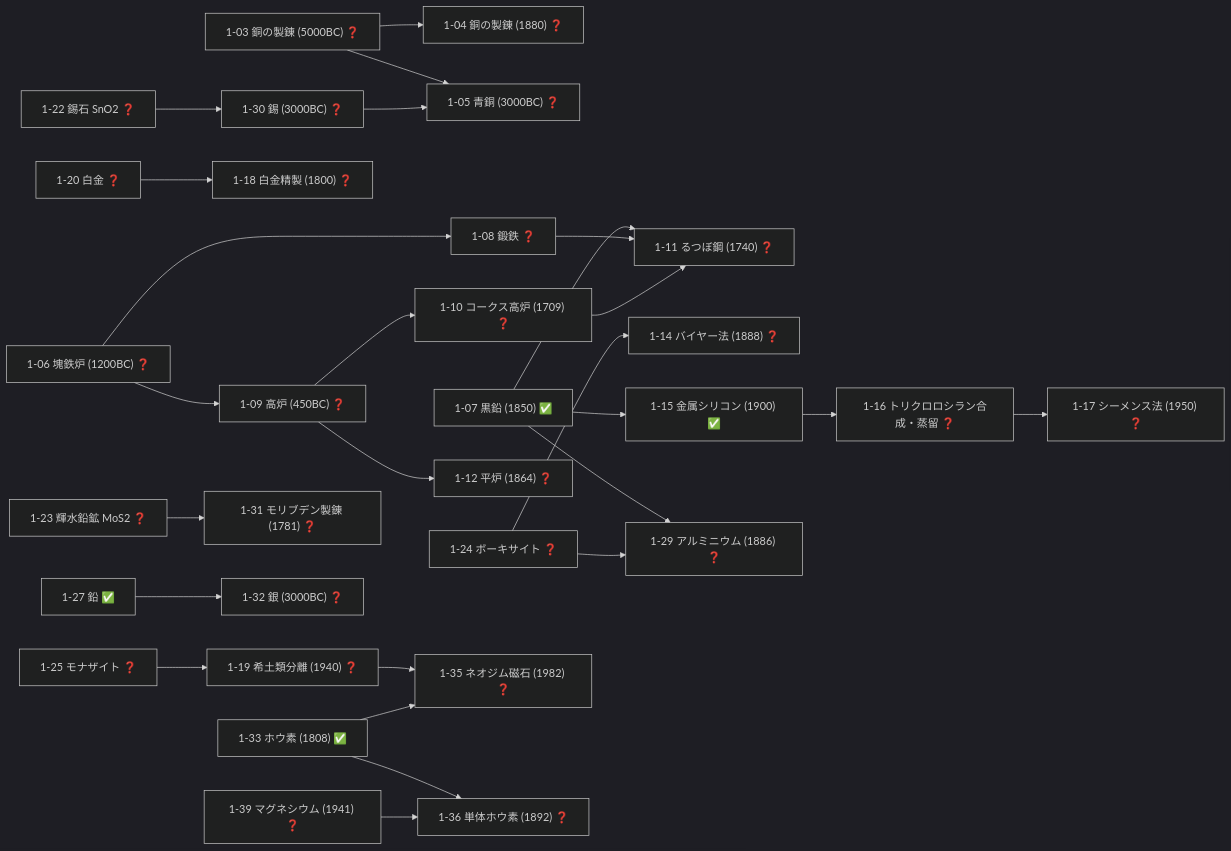
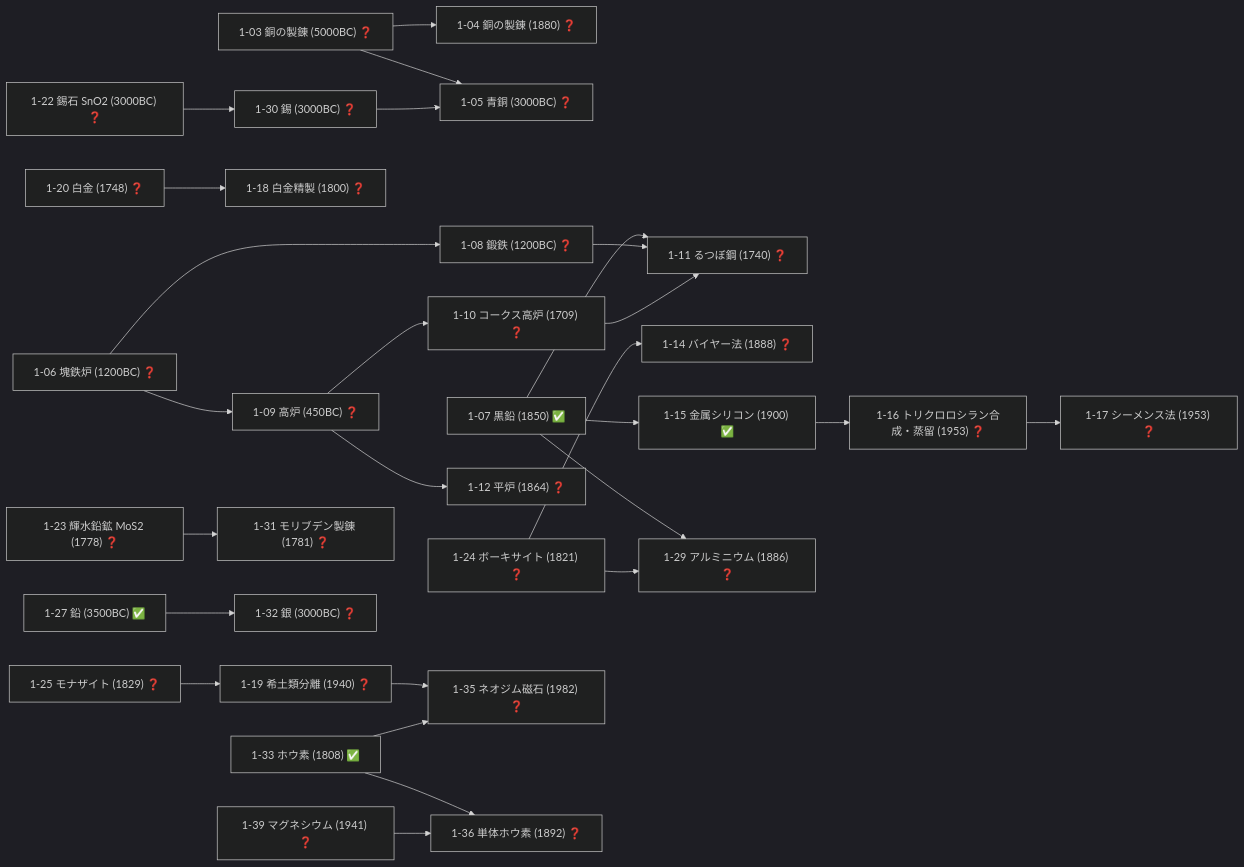
One commit to taku3i0317-collab/semiconductor-lab changed the fourth of 19 diagrams in docs/TECH_TREE_VIEW.md. Above: the diagram before and after it, drawn with Mermaid (dark theme). The commit also changed other lines of this file and 7 other files, not shown here.

````diff
--- a/docs/TECH_TREE_VIEW.md
+++ b/docs/TECH_TREE_VIEW.md
@@ -173,58 +173,58 @@
 ```mermaid
 graph LR
   n1_03["1-03 銅の製錬 (5000BC) ❓"]
   n1_04["1-04 銅の製錬 (1880) ❓"]
   n1_05["1-05 青銅 (3000BC) ❓"]
   n1_06["1-06 塊鉄炉 (1200BC) ❓"]
   n1_07["1-07 黒鉛 (1850) ✅"]
-  n1_08["1-08 鍛鉄 ❓"]
+  n1_08["1-08 鍛鉄 (1200BC) ❓"]
   n1_09["1-09 高炉 (450BC) ❓"]
   n1_10["1-10 コークス高炉 (1709) ❓"]
   n1_11["1-11 るつぼ鋼 (1740) ❓"]
   n1_12["1-12 平炉 (1864) ❓"]
   n1_14["1-14 バイヤー法 (1888) ❓"]
   n1_15["1-15 金属シリコン (1900) ✅"]
-  n1_16["1-16 トリクロロシラン合成・蒸留 ❓"]
-  n1_17["1-17 シーメンス法 (1950) ❓"]
+  n1_16["1-16 トリクロロシラン合成・蒸留 (1953) ❓"]
+  n1_17["1-17 シーメンス法 (1953) ❓"]
   n1_18["1-18 白金精製 (1800) ❓"]
   n1_19["1-19 希土類分離 (1940) ❓"]
-  n1_20["1-20 白金 ❓"]
-  n1_22["1-22 錫石 SnO2 ❓"]
-  n1_23["1-23 輝水鉛鉱 MoS2 ❓"]
-  n1_24["1-24 ボーキサイト ❓"]
-  n1_25["1-25 モナザイト ❓"]
-  n1_27["1-27 鉛 ✅"]
+  n1_20["1-20 白金 (1748) ❓"]
+  n1_22["1-22 錫石 SnO2 (3000BC) ❓"]
+  n1_23["1-23 輝水鉛鉱 MoS2 (1778) ❓"]
+  n1_24["1-24 ボーキサイト (1821) ❓"]
+  n1_25["1-25 モナザイト (1829) ❓"]
+  n1_27["1-27 鉛 (3500BC) ✅"]
   n1_29["1-29 アルミニウム (1886) ❓"]
   n1_30["1-30 錫 (3000BC) ❓"]
   n1_31["1-31 モリブデン製錬 (1781) ❓"]
   n1_32["1-32 銀 (3000BC) ❓"]
   n1_33["1-33 ホウ素 (1808) ✅"]
   n1_35["1-35 ネオジム磁石 (1982) ❓"]
   n1_36["1-36 単体ホウ素 (1892) ❓"]
   n1_39["1-39 マグネシウム (1941) ❓"]
   n1_03-->n1_04
   n1_03-->n1_05
   n1_30-->n1_05
   n1_06-->n1_08
   n1_06-->n1_09
   n1_09-->n1_10
   n1_07-->n1_11
   n1_08-->n1_11
   n1_10-->n1_11
   n1_09-->n1_12
   n1_24-->n1_14
   n1_07-->n1_15
   n1_15-->n1_16
   n1_16-->n1_17
   n1_20-->n1_18
   n1_25-->n1_19
   n1_07-->n1_29
   n1_24-->n1_29
   n1_22-->n1_30
   n1_23-->n1_31
   n1_27-->n1_32
   n1_19-->n1_35
   n1_33-->n1_35
   n1_33-->n1_36
   n1_39-->n1_36
 ```
````
